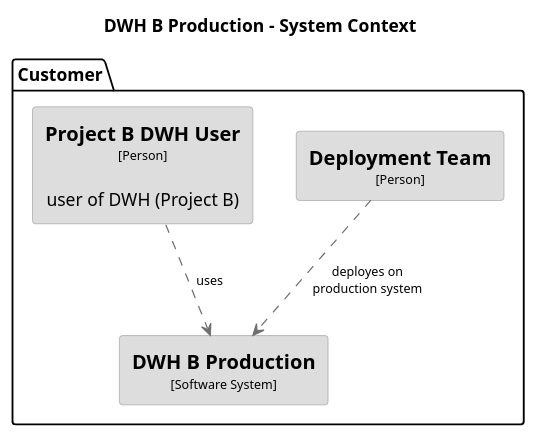
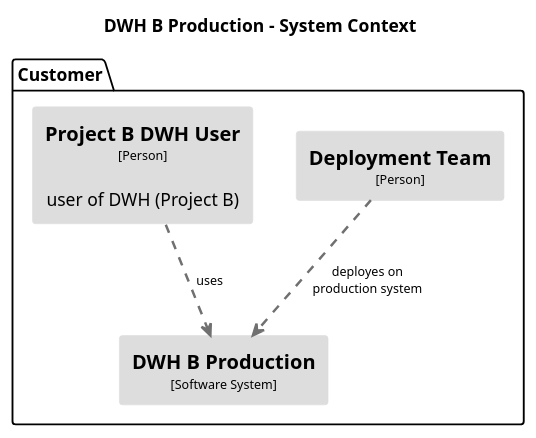
One commit to DataHandwerk/dhw-antora-docs changed the diagram in docs/modules/arc/partials/c4_dsl/puml/structurizr-DWHBProduction-SystemContext.puml. Above: the diagram before and after it, drawn with PlantUML. The commit also changed 2689 other files, not shown here.

```diff
--- a/docs/modules/arc/partials/c4_dsl/puml/structurizr-DWHBProduction-SystemContext.puml
+++ b/docs/modules/arc/partials/c4_dsl/puml/structurizr-DWHBProduction-SystemContext.puml
@@ -1,35 +1,35 @@
 @startuml(id=DWHBProduction-SystemContext)
 title DWH B Production - System Context
 
 skinparam {
   shadowing false
   arrowFontSize 10
   defaultTextAlignment center
   wrapWidth 200
   maxMessageSize 100
 }
 hide stereotype
 top to bottom direction
 skinparam rectangle<<2>> {
   BackgroundColor #dddddd
   FontColor #000000
-  BorderColor #9A9A9A
-}
-skinparam rectangle<<25>> {
-  BackgroundColor #dddddd
-  FontColor #000000
-  BorderColor #9A9A9A
+  BorderColor #dddddd
 }
 skinparam rectangle<<3>> {
   BackgroundColor #dddddd
   FontColor #000000
-  BorderColor #9A9A9A
+  BorderColor #dddddd
+}
+skinparam rectangle<<28>> {
+  BackgroundColor #dddddd
+  FontColor #000000
+  BorderColor #dddddd
 }
 package "Customer" {
   rectangle "==Deployment Team\n<size:10>[Person]</size>" <<2>> as 2
   rectangle "==Project B DWH User\n<size:10>[Person]</size>\n\nuser of DWH (Project B)" <<3>> as 3
-  rectangle "==DWH B Production\n<size:10>[Software System]</size>" <<25>> as 25
+  rectangle "==DWH B Production\n<size:10>[Software System]</size>" <<28>> as 28
 }
-2 .[#707070].> 25 : "deployes on production system"
-3 .[#707070].> 25 : "uses"
+2 .[#707070,thickness=2].> 28 : "deployes on production system"
+3 .[#707070,thickness=2].> 28 : "uses"
 @enduml
```
